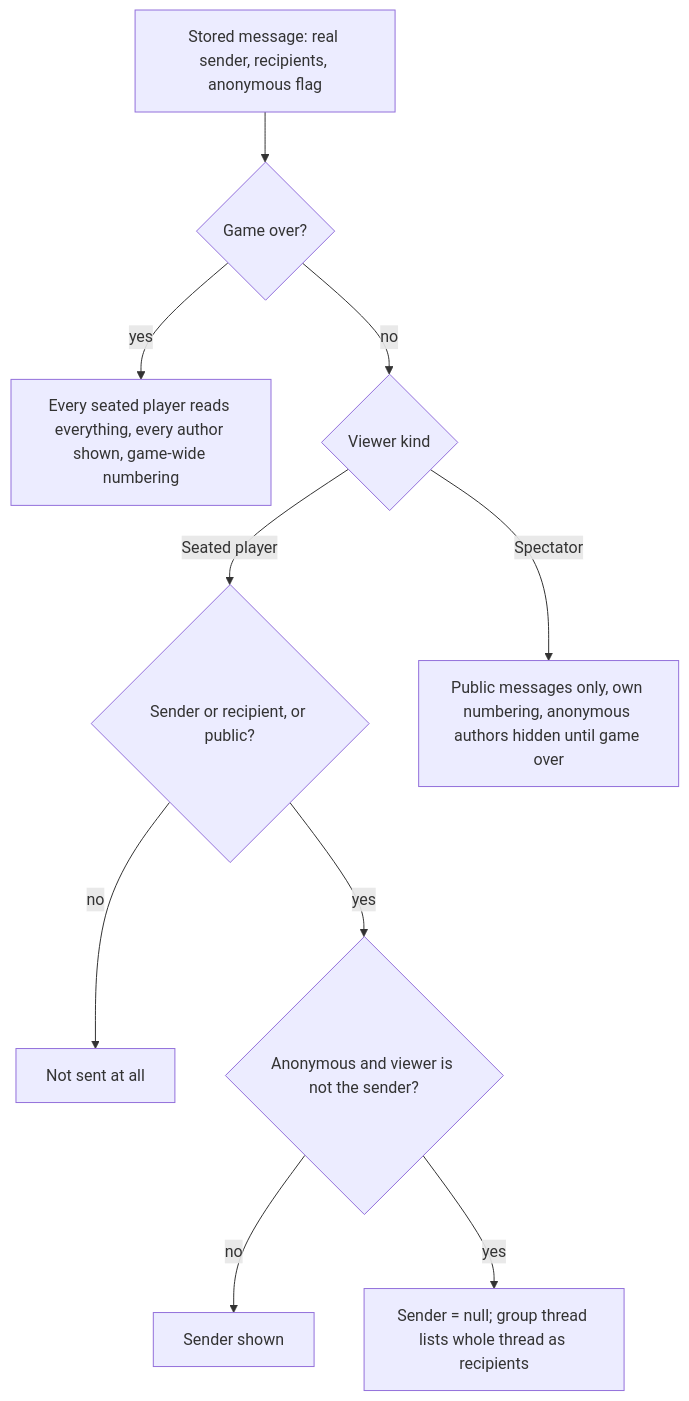
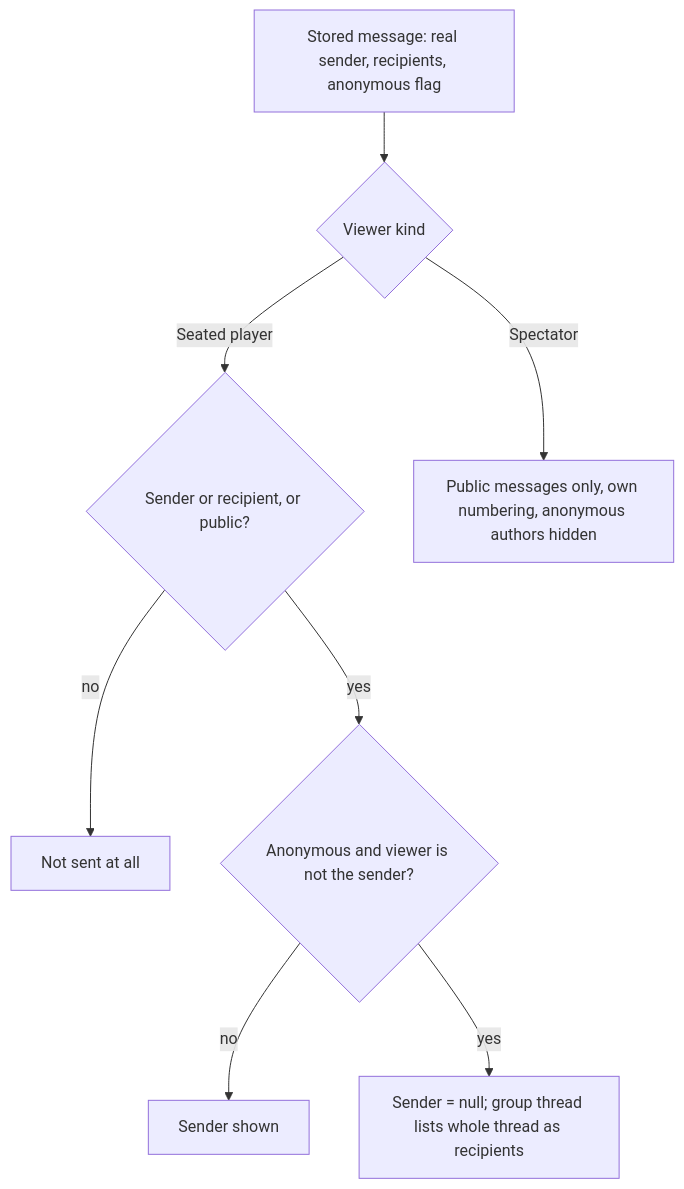
Before and after one commit to mjyousif/sloplomacy: the first of 2 diagrams in docs/features/press-and-diplomacy.md, drawn with Mermaid. The commit also changed other lines of this file and 34 other files, not shown here.

````diff
--- a/docs/features/press-and-diplomacy.md
+++ b/docs/features/press-and-diplomacy.md
@@ -48,12 +47,10 @@
 ```mermaid
 flowchart TD
-    M[Stored message: real sender, recipients, anonymous flag] --> R{Game over?}
-    R -- yes --> ALL["Every seated player reads everything, every author shown, game-wide numbering"]
-    R -- no --> K{Viewer kind}
+    M[Stored message: real sender, recipients, anonymous flag] --> K{Viewer kind}
     K -- Seated player --> P{"Sender or recipient, or public?"}
     P -- no --> HIDE[Not sent at all]
     P -- yes --> A{"Anonymous and viewer is not the sender?"}
     A -- no --> SHOWN[Sender shown]
     A -- yes --> MASK["Sender = null; group thread lists whole thread as recipients"]
-    K -- Spectator --> PUB["Public messages only, own numbering, anonymous authors hidden until game over"]
+    K -- Spectator --> PUB["Public messages only, own numbering, anonymous authors hidden"]
 ```
````
